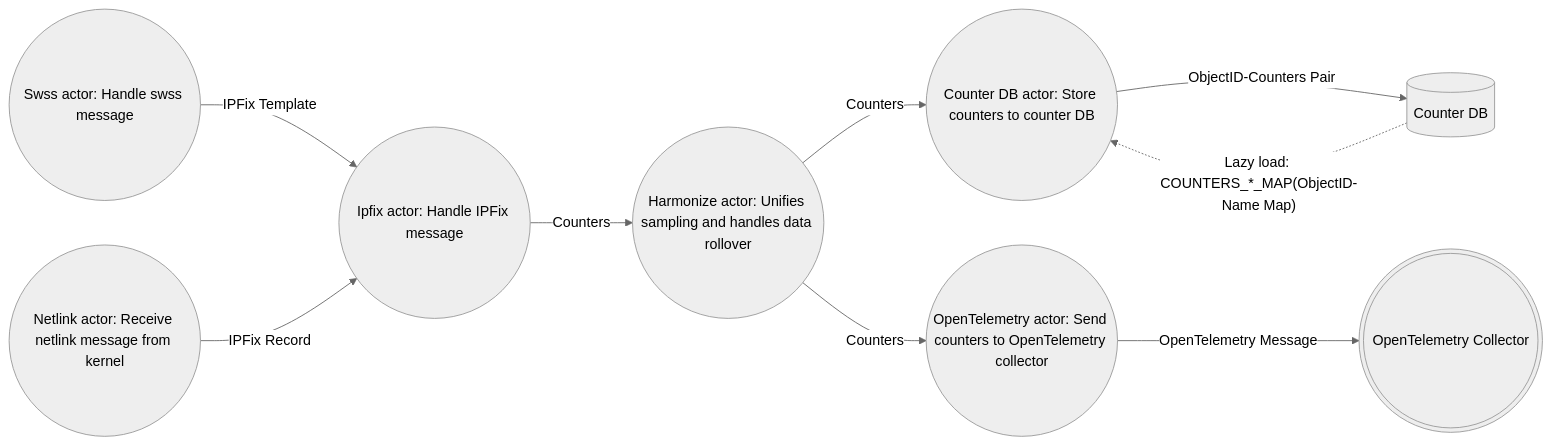
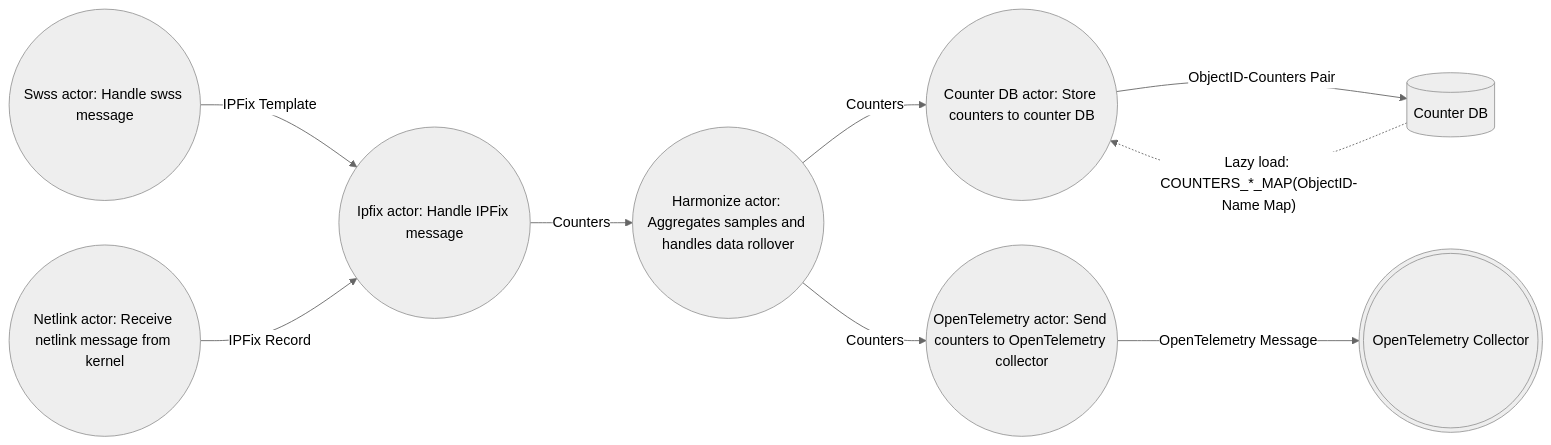
Before and after one commit to sonic-net/SONiC: the second of 10 diagrams in doc/high-frequency-telemetry/high-frequency-telemetry-hld.md, drawn with Mermaid (neutral theme). The commit also changed other lines of this file and 1 other file, not shown here.

````diff
--- a/doc/high-frequency-telemetry/high-frequency-telemetry-hld.md
+++ b/doc/high-frequency-telemetry/high-frequency-telemetry-hld.md
@@ -166,22 +169,22 @@
 ``` mermaid
 
 flowchart LR
     swss_act((Swss actor: Handle swss message))
     netlink_act((Netlink actor: Receive netlink message from kernel))
     ipfix_act((Ipfix actor: Handle IPFix message))
-    harmonize_act((Harmonize actor: Unifies sampling and handles data rollover))
+    harmonize_act((Harmonize actor: Aggregates samples and handles data rollover))
     cdb_act((Counter DB actor: Store counters to counter DB))
     otel_act((OpenTelemetry actor: Send counters to OpenTelemetry collector))
     cdb[(Counter DB)]
     otel(((OpenTelemetry Collector)))
 
     swss_act -- IPFix Template --> ipfix_act
     netlink_act -- IPFix Record --> ipfix_act
     ipfix_act -- Counters --> harmonize_act
     harmonize_act -- Counters --> cdb_act
     harmonize_act -- Counters --> otel_act
     cdb_act -- ObjectID-Counters Pair --> cdb
     cdb -. Lazy load: COUNTERS_*_MAP(ObjectID-Name Map) .-> cdb_act
     otel_act -- OpenTelemetry Message --> otel
 
 ```
````
